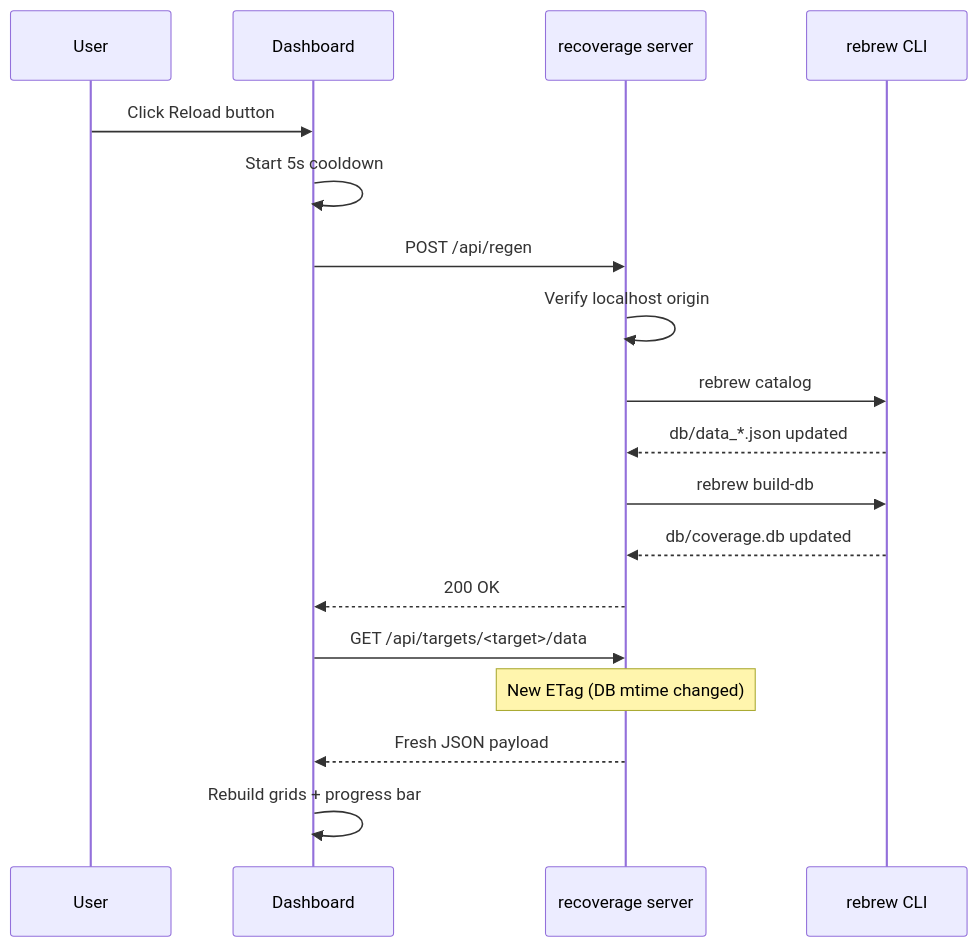
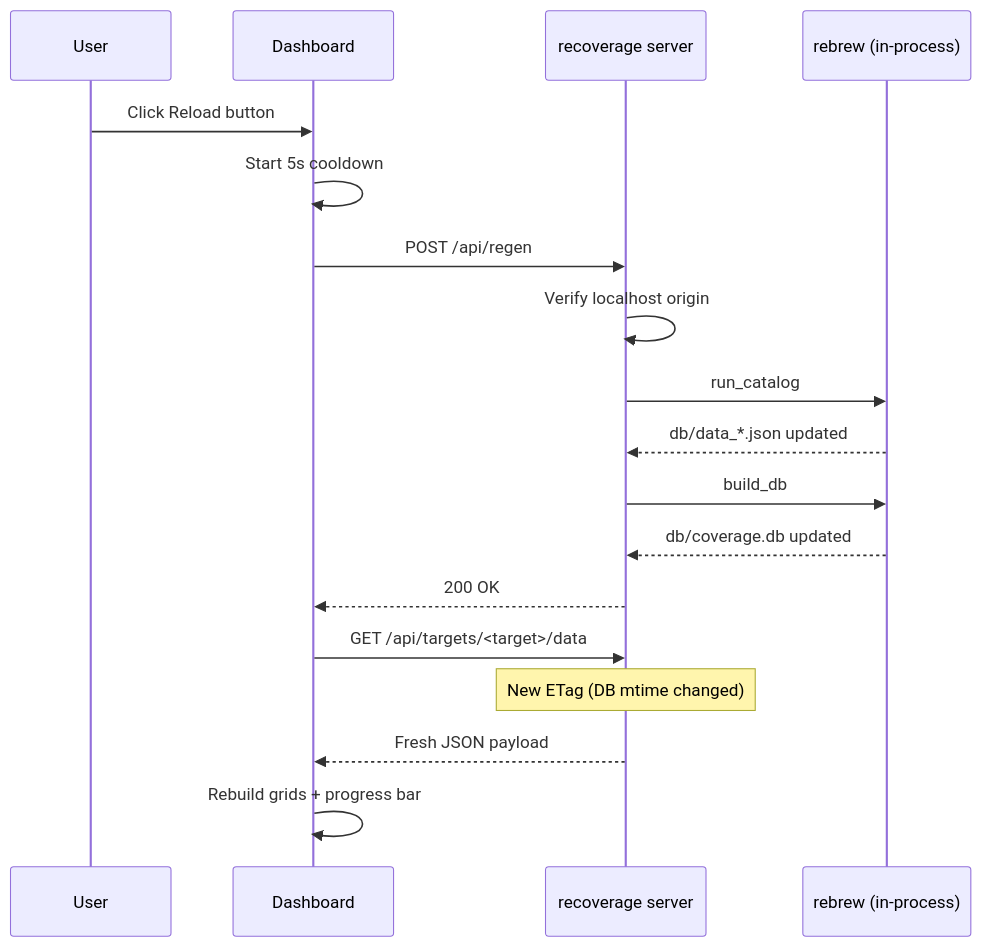
Before and after one commit to maci0/recoverage: diagram 11 of 17 in docs/USER_STORIES.md, drawn with Mermaid. The commit also changed other lines of this file and 4 other files, not shown here.

````diff
--- a/docs/USER_STORIES.md
+++ b/docs/USER_STORIES.md
@@ -337,23 +347,23 @@
 ```mermaid
 sequenceDiagram
     participant U as User
     participant UI as Dashboard
     participant Server as recoverage server
-    participant Rebrew as rebrew CLI
+    participant Rebrew as rebrew (in-process)
 
     U->>UI: Click Reload button
     UI->>UI: Start 5s cooldown
     UI->>Server: POST /api/regen
     Server->>Server: Verify localhost origin
 
-    Server->>Rebrew: rebrew catalog
+    Server->>Rebrew: run_catalog
     Rebrew-->>Server: db/data_*.json updated
-    Server->>Rebrew: rebrew build-db
+    Server->>Rebrew: build_db
     Rebrew-->>Server: db/coverage.db updated
 
     Server-->>UI: 200 OK
     UI->>Server: GET /api/targets/<target>/data
     Note over Server: New ETag (DB mtime changed)
     Server-->>UI: Fresh JSON payload
     UI->>UI: Rebuild grids + progress bar
 ```
````
